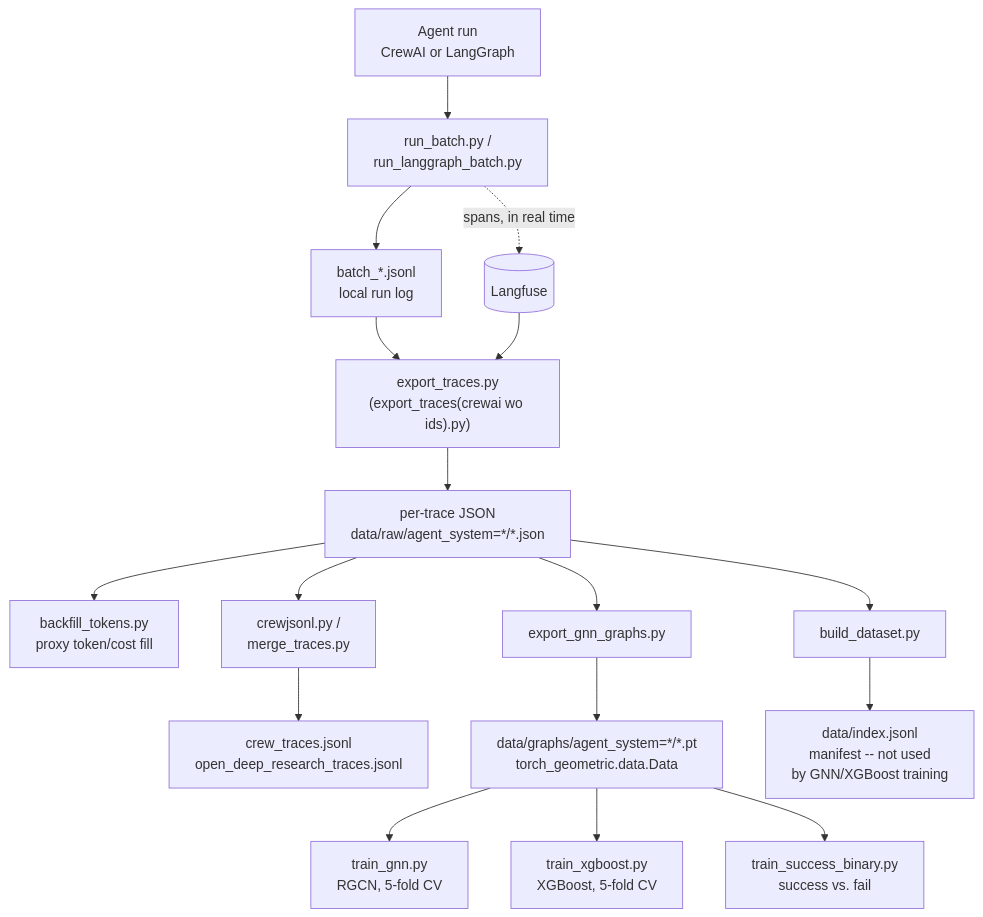
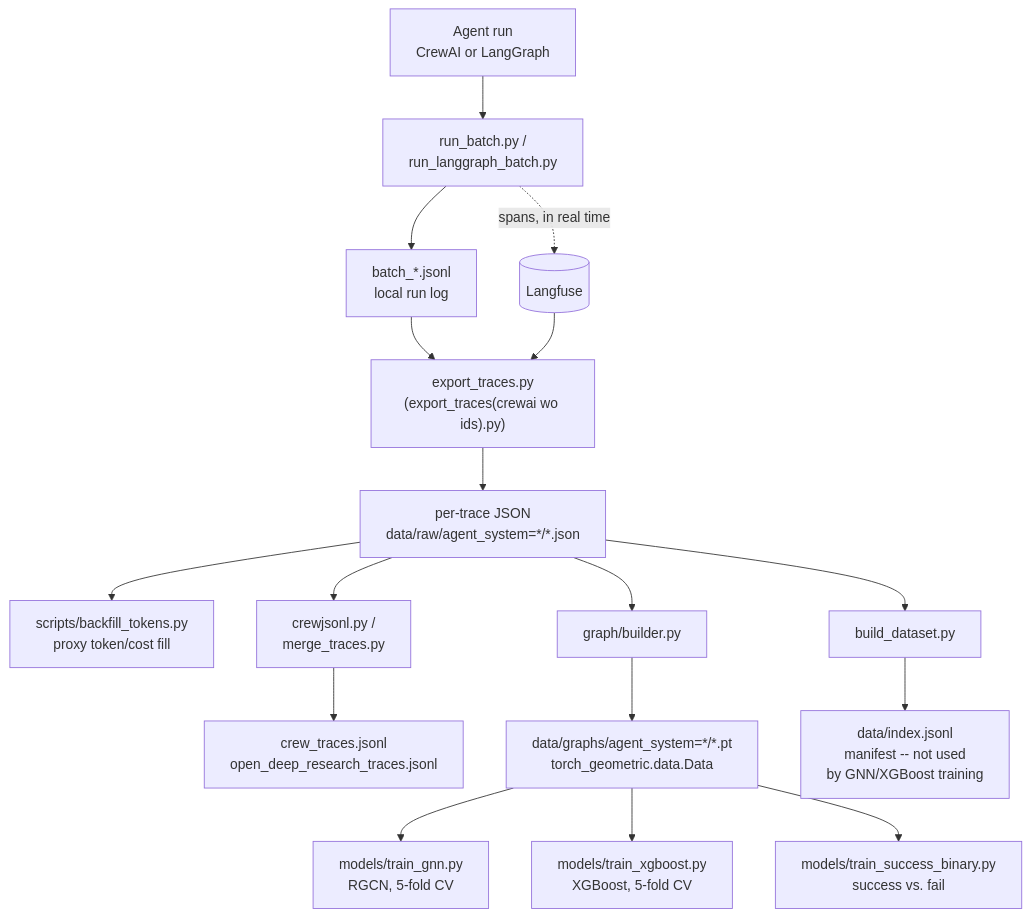
Before and after one commit to archi829/graph-AI-workflow-bottleneck: the diagram in README.md, drawn with Mermaid. The commit also changed other lines of this file and 11 other files, not shown here.

````diff
--- a/README.md
+++ b/README.md
@@ -66,19 +66,19 @@
 ```mermaid
 flowchart TD
     A[Agent run\nCrewAI or LangGraph] --> B[run_batch.py /\nrun_langgraph_batch.py]
     B --> C[batch_*.jsonl\nlocal run log]
     B -.->|spans, in real time| L[(Langfuse)]
     C --> D["export_traces.py\n(export_traces(crewai wo ids).py)"]
     L --> D
     D --> E[per-trace JSON\ndata/raw/agent_system=*/*.json]
-    E --> F[backfill_tokens.py\nproxy token/cost fill]
+    E --> F[scripts/backfill_tokens.py\nproxy token/cost fill]
     E --> G[crewjsonl.py /\nmerge_traces.py]
     G --> H[crew_traces.jsonl\nopen_deep_research_traces.jsonl]
-    E --> I[export_gnn_graphs.py]
+    E --> I[graph/builder.py]
     I --> J[data/graphs/agent_system=*/*.pt\ntorch_geometric.data.Data]
-    J --> K1[train_gnn.py\nRGCN, 5-fold CV]
-    J --> K2[train_xgboost.py\nXGBoost, 5-fold CV]
-    J --> K3[train_success_binary.py\nsuccess vs. fail]
+    J --> K1[models/train_gnn.py\nRGCN, 5-fold CV]
+    J --> K2[models/train_xgboost.py\nXGBoost, 5-fold CV]
+    J --> K3[models/train_success_binary.py\nsuccess vs. fail]
     E --> M[build_dataset.py]
     M --> N[data/index.jsonl\nmanifest -- not used\nby GNN/XGBoost training]
 ```
````
